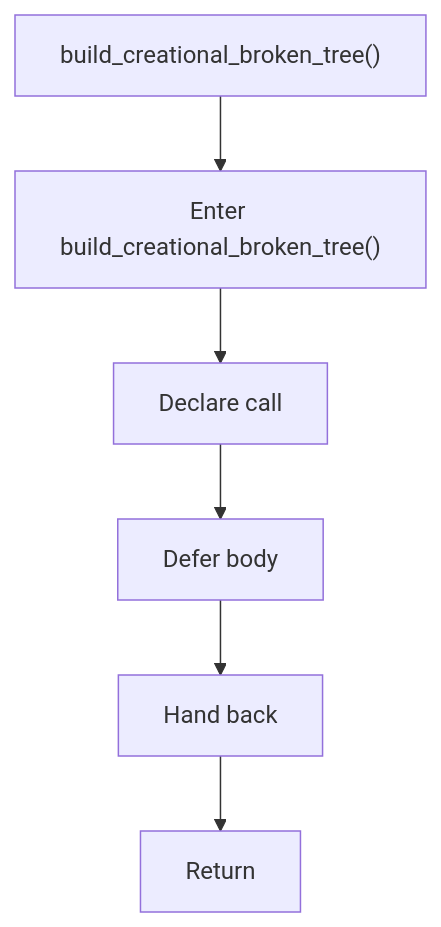
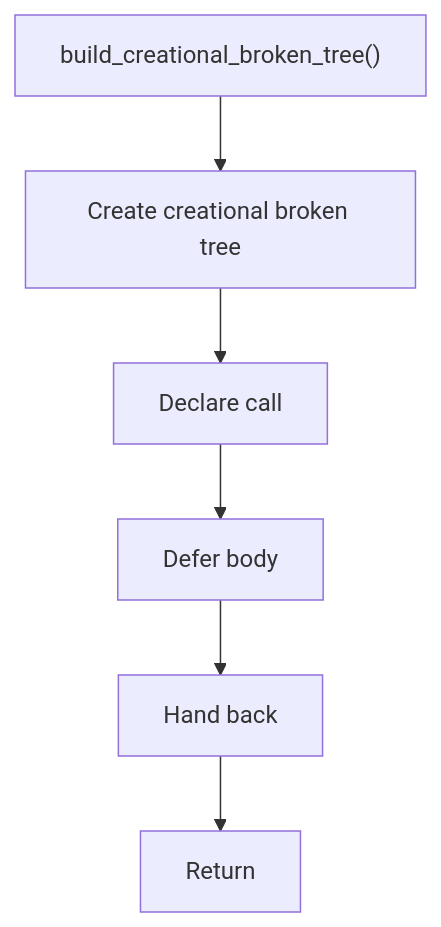
One commit to JohnAndrewBalbarosa/NeoTerritory changed the diagram in docs/Codebase/Microservice/Modules/Header/SyntacticBrokenAST/Trees/Broken/Creational/Flow/functions/build_creational_broken_tree.hpp.md. Above: the diagram before and after it, drawn with Mermaid. The commit also changed other lines of this file and 915 other files, not shown here.

````diff
--- a/docs/Codebase/Microservice/Modules/Header/SyntacticBrokenAST/Trees/Broken/Creational/Flow/functions/build_creational_broken_tree.hpp.md
+++ b/docs/Codebase/Microservice/Modules/Header/SyntacticBrokenAST/Trees/Broken/Creational/Flow/functions/build_creational_broken_tree.hpp.md
@@ -16,14 +16,14 @@
 ```mermaid
 flowchart TD
     Start["build_creational_broken_tree()"]
-    N0["Enter build_creational_broken_tree()"]
+    N0["Create creational broken tree"]
     N1["Declare call"]
     N2["Defer body"]
     N3["Hand back"]
     End["Return"]
     Start --> N0
     N0 --> N1
     N1 --> N2
     N2 --> N3
     N3 --> End
 ```
````
